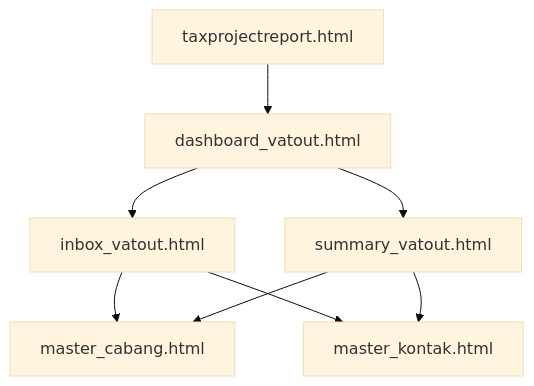
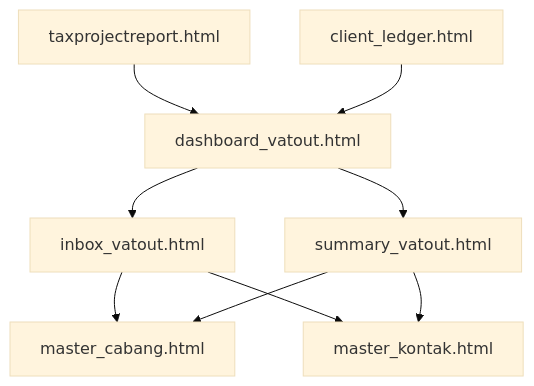
The tenth of 11 diagrams in .qoder/repowiki/en/content/VAT Management System/VAT Output (VAT OUT).md (rendisiagian/TDS_by_RENDISIAGIAN), drawn with Mermaid (base theme) before and after one commit. The commit also changed other lines of this file and 38 other files, not shown here.

````diff
--- a/.qoder/repowiki/en/content/VAT Management System/VAT Output (VAT OUT).md
+++ b/.qoder/repowiki/en/content/VAT Management System/VAT Output (VAT OUT).md
@@ -387,16 +489,18 @@
 ```mermaid
 graph TB
 DSH["dashboard_vatout.html"]
 INBX["inbox_vatout.html"]
 SMRY["summary_vatout.html"]
 MC["master_cabang.html"]
 MK["master_kontak.html"]
 TPR["taxprojectreport.html"]
+CL["client_ledger.html"]
 DSH --> INBX
 DSH --> SMRY
 INBX --> MC
 INBX --> MK
 SMRY --> MC
 SMRY --> MK
 TPR --> DSH
+CL --> DSH
 ```
````
